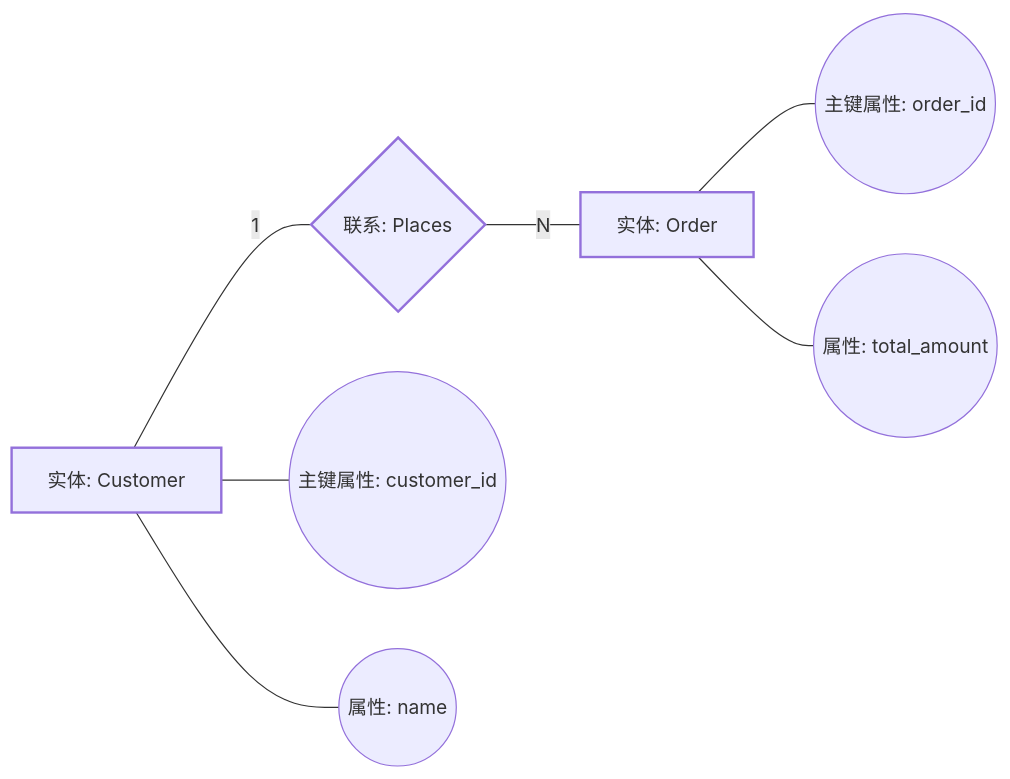
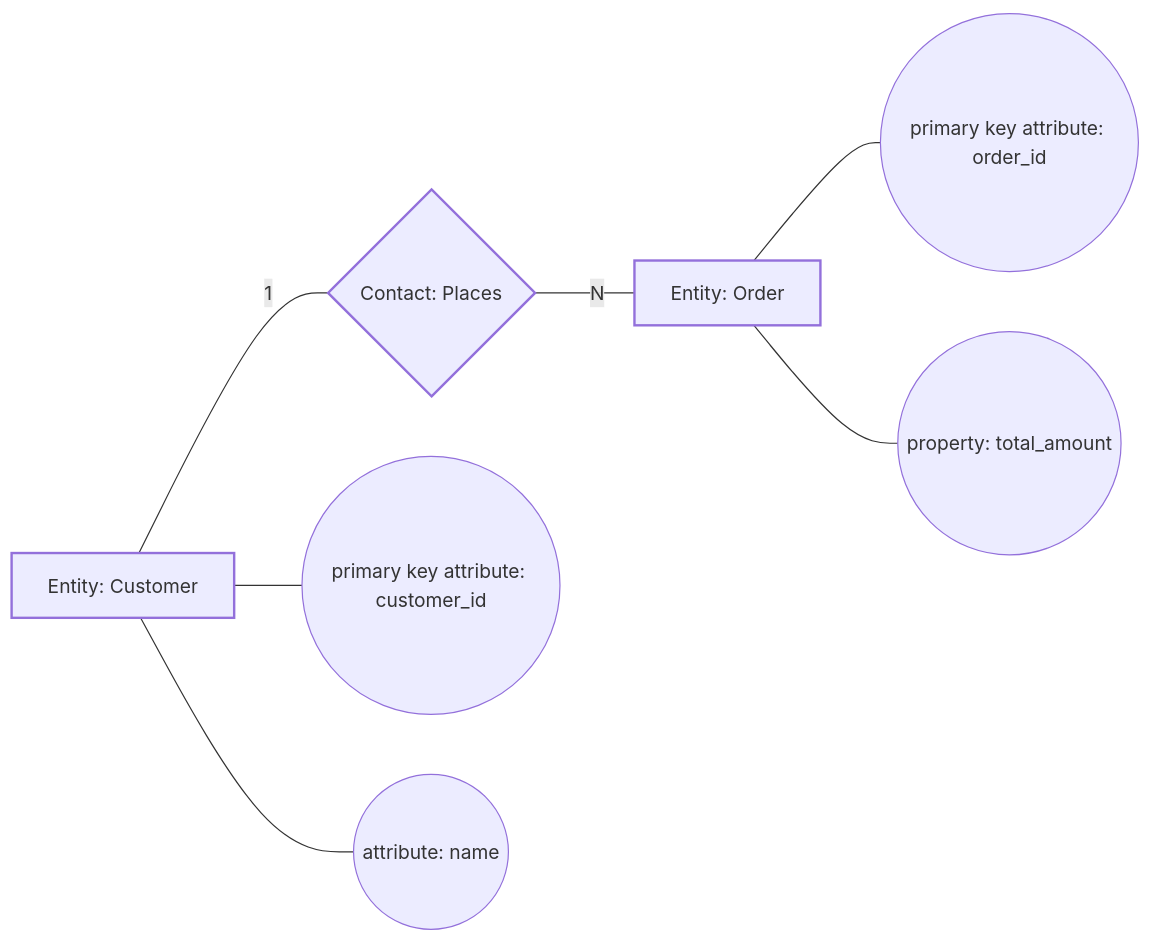
One commit to iwen-conf/Skills changed the diagram in arc:uml/SKILL.md. Above: the diagram before and after it, drawn with Mermaid. The commit also changed other lines of this file and 12 other files, not shown here.

````diff
--- a/arc:uml/SKILL.md
+++ b/arc:uml/SKILL.md
@@ -135,21 +140,21 @@
 ```mermaid
 flowchart LR
-  customer["实体: Customer"]
-  places{"联系: Places"}
-  order["实体: Order"]
-  customer_id((主键属性: customer_id))
-  customer_name((属性: name))
-  order_id((主键属性: order_id))
-  order_total((属性: total_amount))
+customer["Entity: Customer"]
+places{"Contact: Places"}
+order["Entity: Order"]
+customer_id((primary key attribute: customer_id))
+customer_name((attribute: name))
+order_id((primary key attribute: order_id))
+order_total((property: total_amount))
 
   customer ---|1| places
   places ---|N| order
   customer --- customer_id
   customer --- customer_name
   order --- order_id
   order --- order_total
 
   style customer stroke-width:2px
   style order stroke-width:2px
   style places stroke-width:2px
 ```
````
